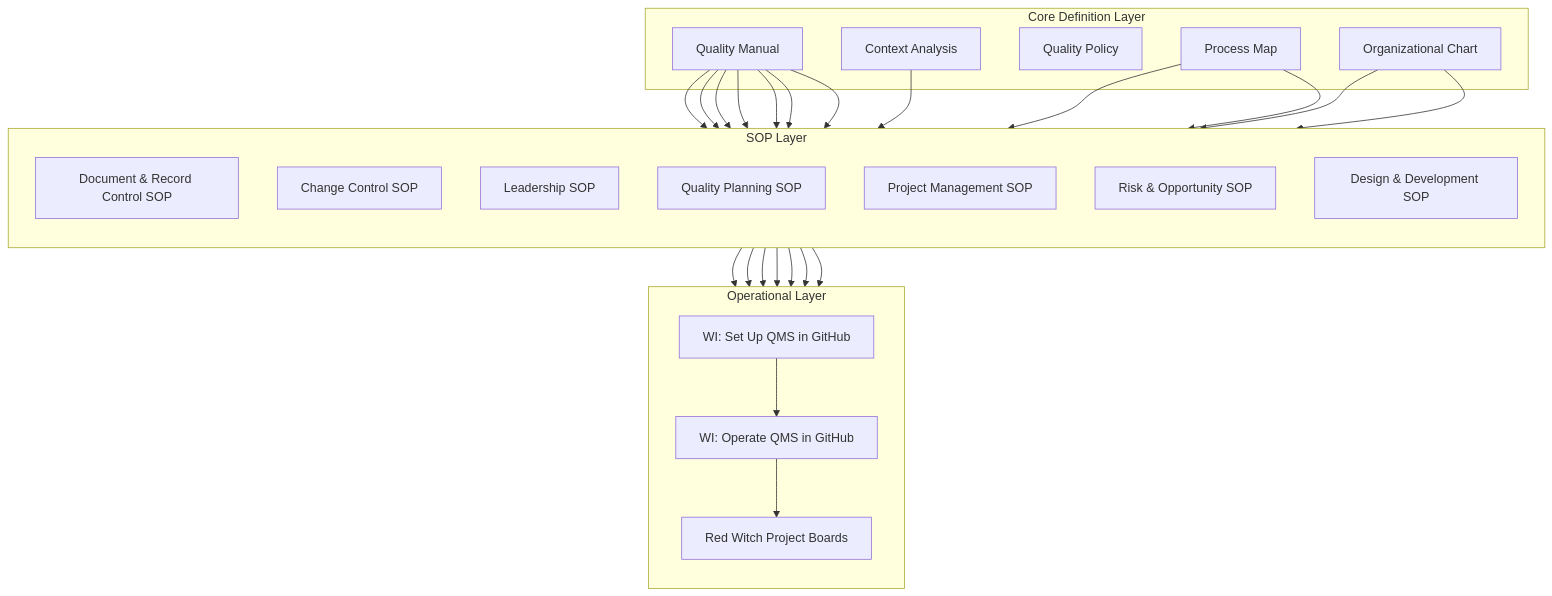
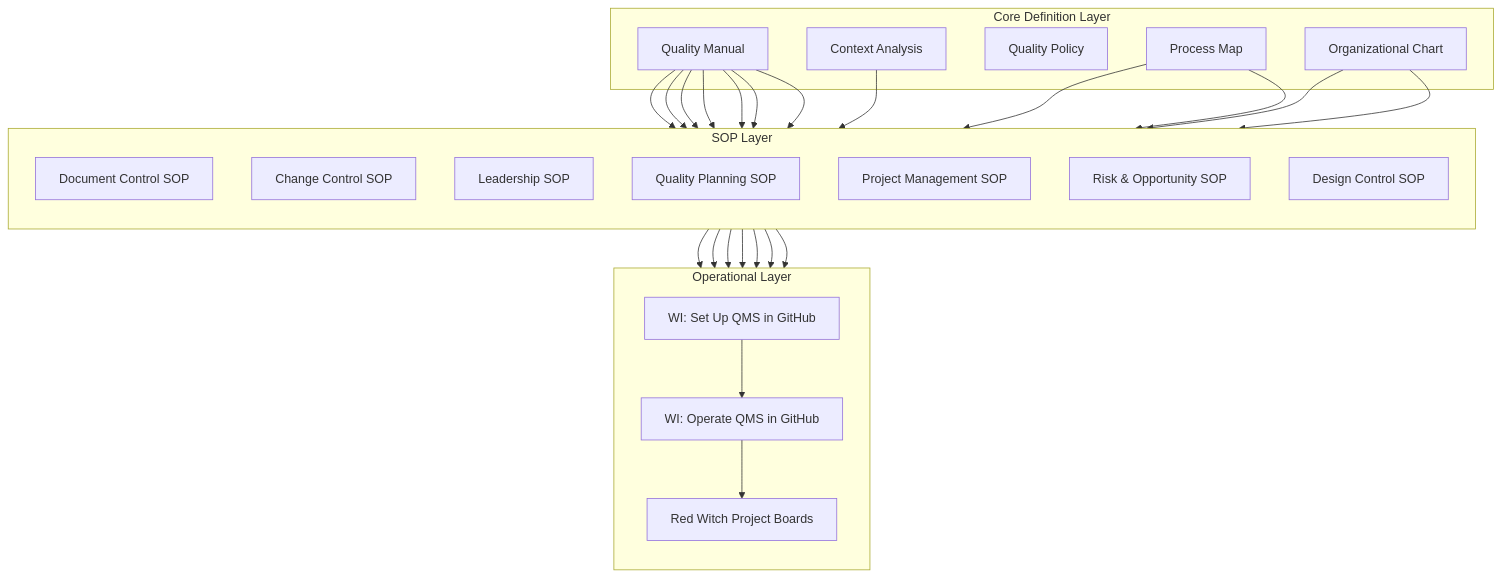
The second of 3 diagrams in QMS/Process-Map.md (Floating-Eye-Software/fley-qms), drawn with Mermaid before and after one commit. The commit also changed 3 other files, not shown here.

````diff
--- a/QMS/Process-Map.md
+++ b/QMS/Process-Map.md
@@ -63,59 +63,59 @@
 ```mermaid
 flowchart TD
     %% --- Core Definition Layer ---
     subgraph Core[Core Definition Layer]
         QM[Quality Manual]
         CA[Context Analysis]
         QP[Quality Policy]
         PM[Process Map]
         OC[Organizational Chart]
     end
 
     %% --- SOP Layer ---
     subgraph SOP[SOP Layer]
         direction TB
-        SOP3[Document & Record Control SOP]
+        SOP3[Document Control SOP]
         SOP4[Change Control SOP]
         SOP5[Leadership SOP]
         SOP6[Quality Planning SOP]
         SOP7[Project Management SOP]
         SOP8[Risk & Opportunity SOP]
-        SOP9[Design & Development SOP]
+        SOP9[Design Control SOP]
     end
 
     %% --- Operational Layer ---
     subgraph WI[Operational Layer]
         direction TB
         WISetup[WI: Set Up QMS in GitHub]
         WIOperate[WI: Operate QMS in GitHub]
         ProductBoards[Red Witch Project Boards]
     end
 
     %% --- Connections: Core → SOPs ---
     QM --> SOP3
     QM --> SOP4
     QM --> SOP5
     QM --> SOP6
     QM --> SOP7
     QM --> SOP8
     QM --> SOP9
 
     CA --> SOP6
     PM --> SOP7
     PM --> SOP9
     OC --> SOP5
     OC --> SOP7
 
     %% --- Connections: SOPs → Operational Layer ---
     SOP3 --> WISetup
     SOP4 --> WISetup
     SOP5 --> WIOperate
     SOP6 --> WIOperate
     SOP7 --> WIOperate
     SOP8 --> WIOperate
     SOP9 --> WIOperate
 
     %% --- Workflow progression ---
     WISetup --> WIOperate
     WIOperate --> ProductBoards
 ```
````
